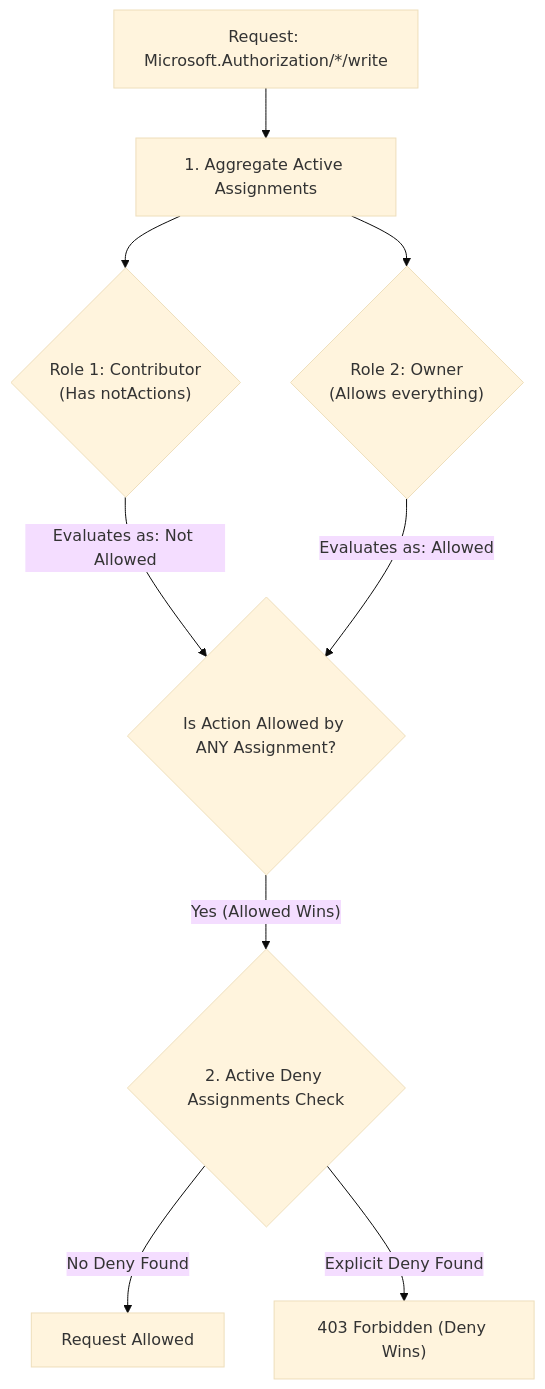
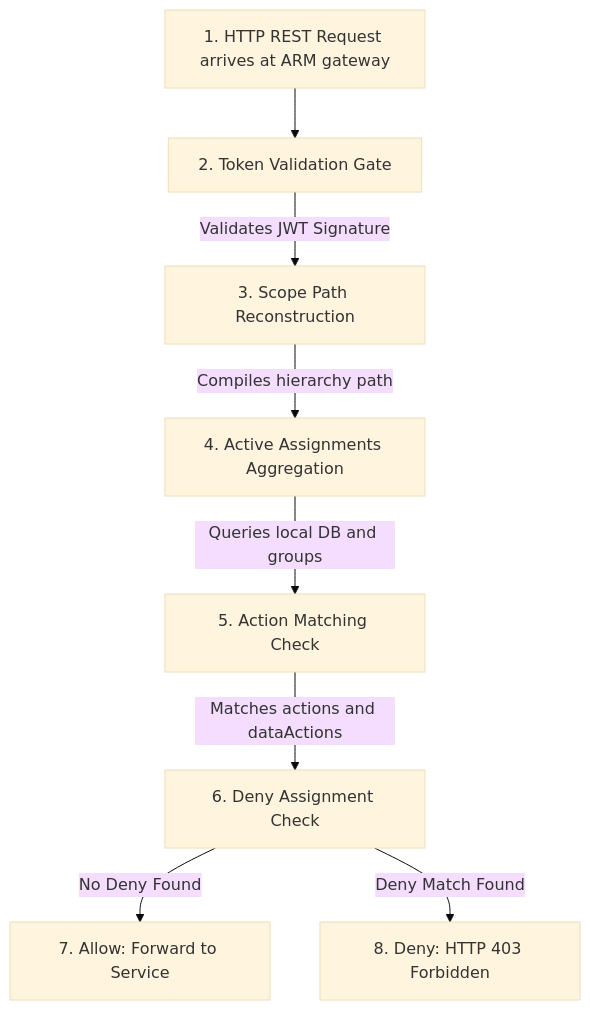
The second of 2 diagrams in cloud-providers/azure/identity-security/what-is-azure-rbac.md (senlinyy/dev-roadmaps), drawn with Mermaid (base theme) before and after one commit. The commit also changed other lines of this file and 343 other files, not shown here.

````diff
--- a/cloud-providers/azure/identity-security/what-is-azure-rbac.md
+++ b/cloud-providers/azure/identity-security/what-is-azure-rbac.md
@@ -201,13 +293,10 @@
 ```mermaid
 flowchart TD
-    Request["Request: Microsoft.Authorization/*/write"] --> Aggregation["1. Aggregate Active Assignments"]
-    Aggregation --> Role1{"Role 1: Contributor<br/>(Has notActions)"}
-    Aggregation --> Role2{"Role 2: Owner<br/>(Allows everything)"}
-
-    Role1 -->|"Evaluates as: Not Allowed"| Decision{"Is Action Allowed by ANY Assignment?"}
-    Role2 -->|"Evaluates as: Allowed"| Decision
-
-    Decision -->|"Yes (Allowed Wins)"| DenyCheck{"2. Active Deny Assignments Check"}
-    DenyCheck -->|"No Deny Found"| AllowAccess["Request Allowed"]
-    DenyCheck -->|"Explicit Deny Found"| DenyAccess["403 Forbidden (Deny Wins)"]
+    Request["1. HTTP REST Request arrives at ARM gateway"] --> TokenGate["2. Token Validation Gate"]
+    TokenGate -->|"Validates JWT Signature"| ScopeScan["3. Scope Path Reconstruction"]
+    ScopeScan -->|"Compiles hierarchy path"| PullAssignments["4. Active Assignments Aggregation"]
+    PullAssignments -->|"Queries local DB and groups"| OperationCheck["5. Action Matching Check"]
+    OperationCheck -->|"Matches actions and dataActions"| DenyCheck["6. Deny Assignment Check"]
+    DenyCheck -->|"No Deny Found"| RouteRequest["7. Allow: Forward to Service"]
+    DenyCheck -->|"Deny Match Found"| BlockRequest["8. Deny: HTTP 403 Forbidden"]
 ```
````
